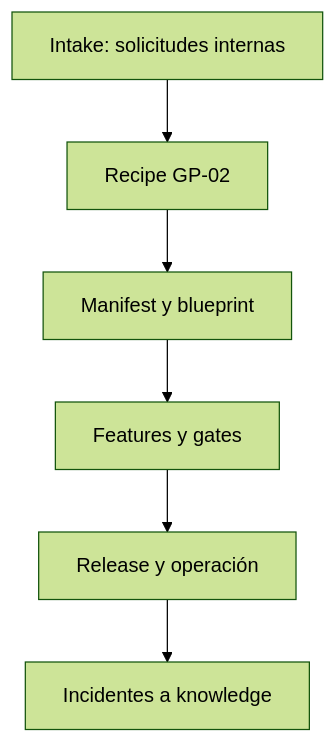
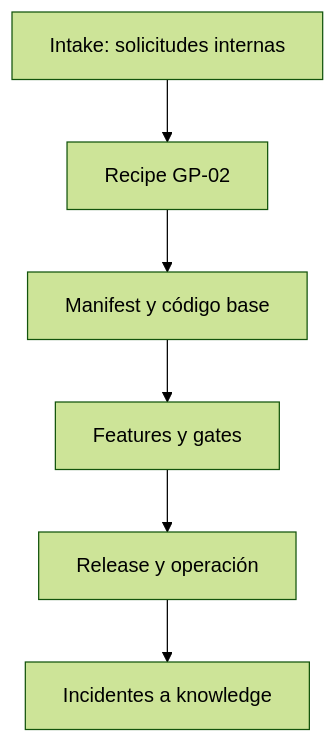
One commit to JhonMA82/engineering-platform changed the diagram in docs/04-project-lifecycle/project-lifecycle.md. Above: the diagram before and after it, drawn with Mermaid (forest theme). The commit also changed 69 other files, not shown here.

````diff
--- a/docs/04-project-lifecycle/project-lifecycle.md
+++ b/docs/04-project-lifecycle/project-lifecycle.md
@@ -3,8 +3,8 @@
 ```mermaid
 flowchart TD
     A["Intake: solicitudes internas"] --> B["Recipe GP-02"]
-    B --> C["Manifest y blueprint"]
+    B --> C["Manifest y código base"]
     C --> D["Features y gates"]
     D --> E["Release y operación"]
     E --> F["Incidentes a knowledge"]
 ```
````
